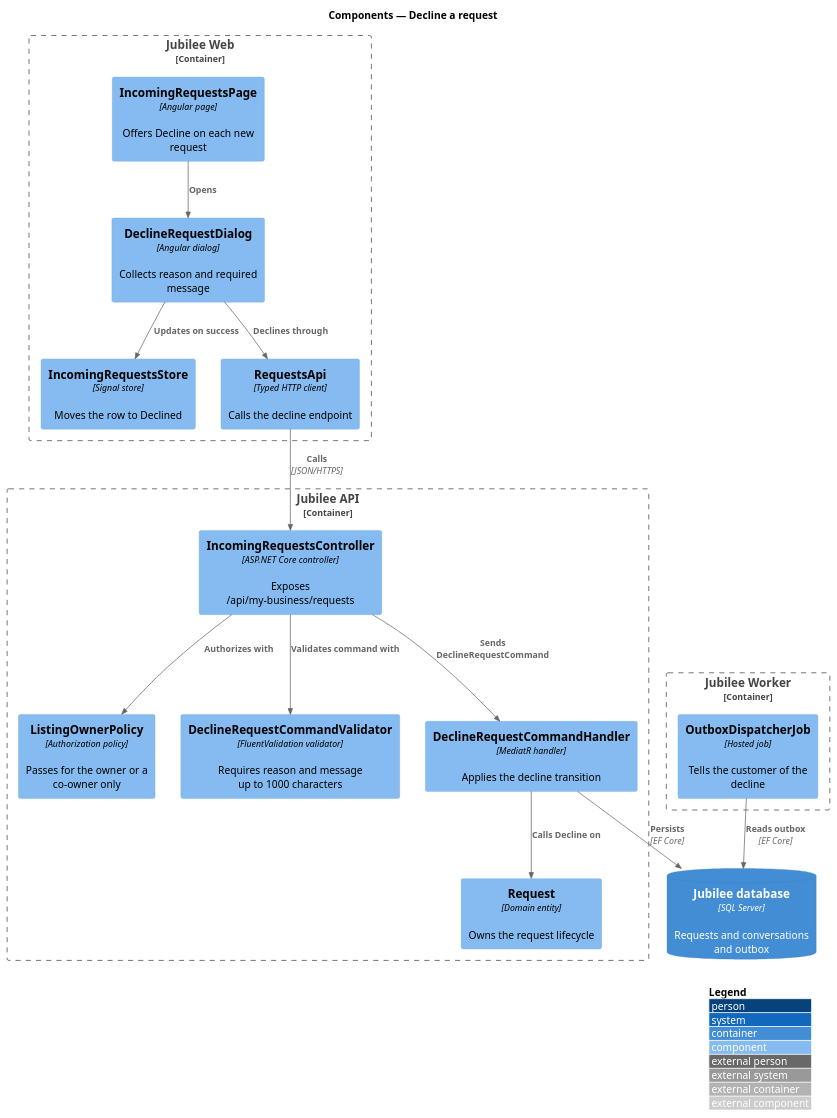
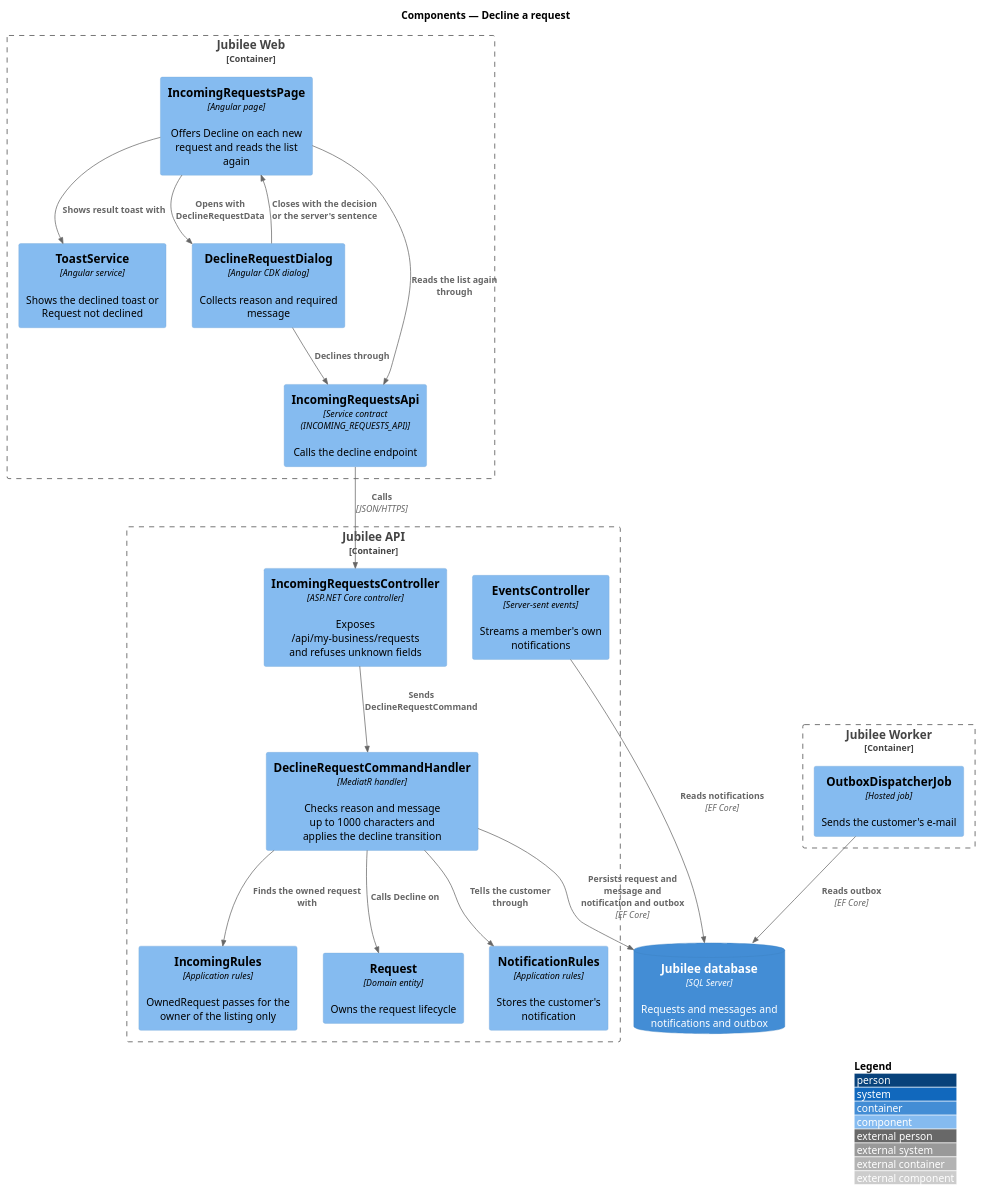
The diagram in docs/detailed-designs/requests/decline-request/diagrams/c4-component.puml (QuinntyneBrown/jubilee), drawn with PlantUML before and after one commit. The commit also changed 35 other files, not shown here.

```diff
--- a/docs/detailed-designs/requests/decline-request/diagrams/c4-component.puml
+++ b/docs/detailed-designs/requests/decline-request/diagrams/c4-component.puml
@@ -1,34 +1,38 @@
 @startuml
 !include <C4/C4_Component>
 LAYOUT_WITH_LEGEND()
 title Components — Decline a request
 
 Container_Boundary(web, "Jubilee Web") {
-  Component(page, "IncomingRequestsPage", "Angular page", "Offers Decline on each new request")
-  Component(dialog, "DeclineRequestDialog", "Angular dialog", "Collects reason and required message")
-  Component(store, "IncomingRequestsStore", "Signal store", "Moves the row to Declined")
-  Component(client, "RequestsApi", "Typed HTTP client", "Calls the decline endpoint")
+  Component(page, "IncomingRequestsPage", "Angular page", "Offers Decline on each new request and reads the list again")
+  Component(dialog, "DeclineRequestDialog", "Angular CDK dialog", "Collects reason and required message")
+  Component(toast, "ToastService", "Angular service", "Shows the declined toast or Request not declined")
+  Component(client, "IncomingRequestsApi", "Service contract (INCOMING_REQUESTS_API)", "Calls the decline endpoint")
 }
 Container_Boundary(api, "Jubilee API") {
-  Component(ctrl, "IncomingRequestsController", "ASP.NET Core controller", "Exposes /api/my-business/requests")
-  Component(policy, "ListingOwnerPolicy", "Authorization policy", "Passes for the owner or a co-owner only")
-  Component(val, "DeclineRequestCommandValidator", "FluentValidation validator", "Requires reason and message up to 1000 characters")
-  Component(handler, "DeclineRequestCommandHandler", "MediatR handler", "Applies the decline transition")
+  Component(ctrl, "IncomingRequestsController", "ASP.NET Core controller", "Exposes /api/my-business/requests and refuses unknown fields")
+  Component(rules, "IncomingRules", "Application rules", "OwnedRequest passes for the owner of the listing only")
+  Component(handler, "DeclineRequestCommandHandler", "MediatR handler", "Checks reason and message up to 1000 characters and applies the decline transition")
   Component(entity, "Request", "Domain entity", "Owns the request lifecycle")
+  Component(tell, "NotificationRules", "Application rules", "Stores the customer's notification")
+  Component(events, "EventsController", "Server-sent events", "Streams a member's own notifications")
 }
 Container_Boundary(worker, "Jubilee Worker") {
-  Component(outbox, "OutboxDispatcherJob", "Hosted job", "Tells the customer of the decline")
+  Component(outbox, "OutboxDispatcherJob", "Hosted job", "Sends the customer's e-mail")
 }
-ContainerDb(db, "Jubilee database", "SQL Server", "Requests and conversations and outbox")
+ContainerDb(db, "Jubilee database", "SQL Server", "Requests and messages and notifications and outbox")
 
-Rel(page, dialog, "Opens")
+Rel(page, dialog, "Opens with DeclineRequestData")
 Rel(dialog, client, "Declines through")
-Rel(dialog, store, "Updates on success")
+Rel(dialog, page, "Closes with the decision or the server's sentence")
+Rel(page, client, "Reads the list again through")
+Rel(page, toast, "Shows result toast with")
 Rel(client, ctrl, "Calls", "JSON/HTTPS")
-Rel(ctrl, policy, "Authorizes with")
-Rel(ctrl, val, "Validates command with")
 Rel(ctrl, handler, "Sends DeclineRequestCommand")
+Rel(handler, rules, "Finds the owned request with")
 Rel(handler, entity, "Calls Decline on")
-Rel(handler, db, "Persists", "EF Core")
+Rel(handler, tell, "Tells the customer through")
+Rel(handler, db, "Persists request and message and notification and outbox", "EF Core")
+Rel(events, db, "Reads notifications", "EF Core")
 Rel(outbox, db, "Reads outbox", "EF Core")
 @enduml
```
